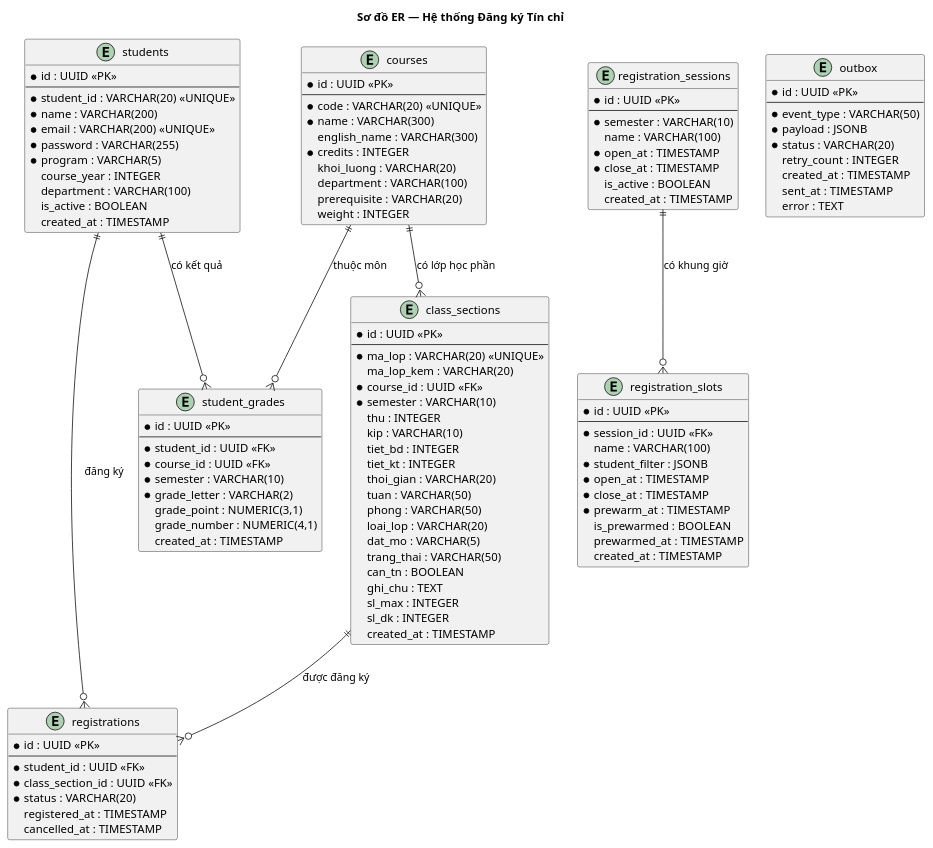
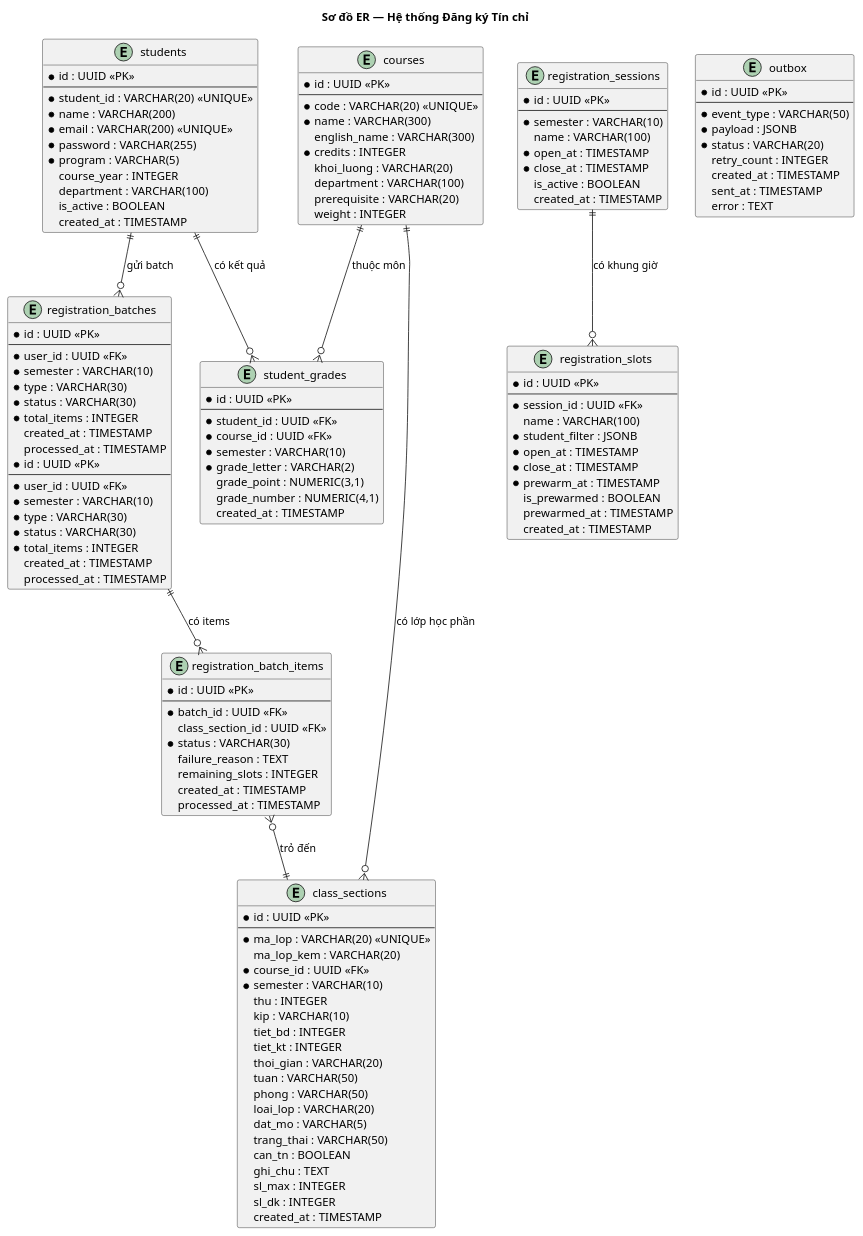
The diagram in docs/doc/database-design.md (huyhuyqazwsx/do_an_tot_nghiep), drawn with PlantUML before and after one commit. The commit also changed other lines of this file and 99 other files, not shown here.

First line of the commit message:
feat: refactor architecture, add scheduler app and mail module

````diff
--- a/docs/doc/database-design.md
+++ b/docs/doc/database-design.md
@@ -61,14 +61,40 @@
   created_at : TIMESTAMP
 }
 
-entity "registrations" as registrations {
+entity "registration_batches" as reg_batches {
   * id : UUID <<PK>>
   --
-  * student_id : UUID <<FK>>
-  * class_section_id : UUID <<FK>>
-  * status : VARCHAR(20)
-  registered_at : TIMESTAMP
-  cancelled_at : TIMESTAMP
+  * user_id : UUID <<FK>>
+  * semester : VARCHAR(10)
+  * type : VARCHAR(30)      /' CREATE | CANCEL '/
+  * status : VARCHAR(30)    /' PENDING | COMPLETED '/
+  * total_items : INTEGER
+  created_at : TIMESTAMP
+  processed_at : TIMESTAMP
+}
+
+entity "registration_batches" as reg_batches {
+  * id : UUID <<PK>>
+  --
+  * user_id : UUID <<FK>>
+  * semester : VARCHAR(10)
+  * type : VARCHAR(30)
+  * status : VARCHAR(30)
+  * total_items : INTEGER
+  created_at : TIMESTAMP
+  processed_at : TIMESTAMP
+}
+
+entity "registration_batch_items" as reg_batch_items {
+  * id : UUID <<PK>>
+  --
+  * batch_id : UUID <<FK>>
+  class_section_id : UUID <<FK>>
+  * status : VARCHAR(30)     /' PENDING | SUCCESS | FAILED '/
+  failure_reason : TEXT
+  remaining_slots : INTEGER
+  created_at : TIMESTAMP
+  processed_at : TIMESTAMP
 }
 
 entity "student_grades" as student_grades {
@@ -121,12 +147,13 @@
 }
 
 ' Relationships
-students ||--o{ registrations : "đăng ký"
-class_sections ||--o{ registrations : "được đăng ký"
 students ||--o{ student_grades : "có kết quả"
 courses ||--o{ student_grades : "thuộc môn"
 courses ||--o{ class_sections : "có lớp học phần"
 reg_sessions ||--o{ reg_slots : "có khung giờ"
+students ||--o{ reg_batches : "gửi batch"
+reg_batches ||--o{ reg_batch_items : "có items"
+reg_batch_items }o--|| class_sections : "trỏ đến"
 
 @enduml
 ```
````
